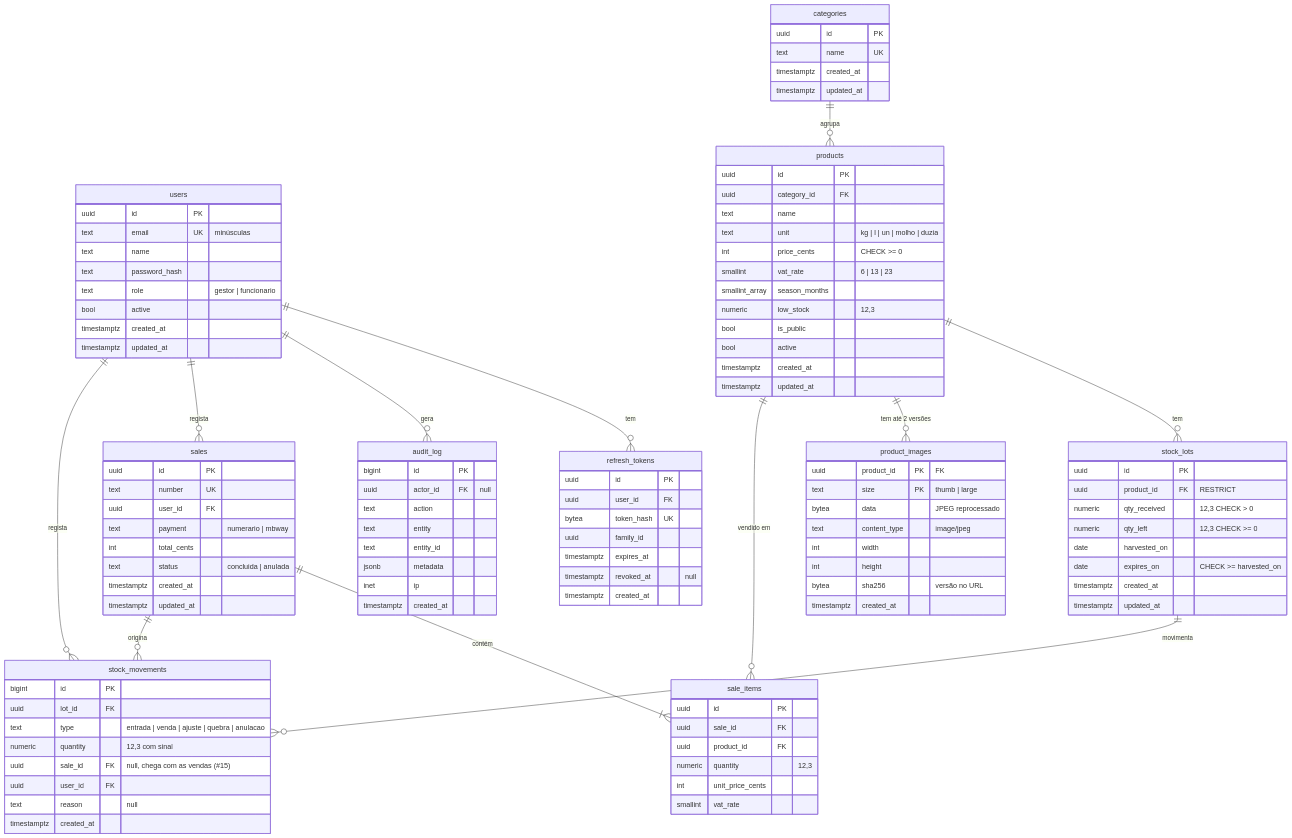
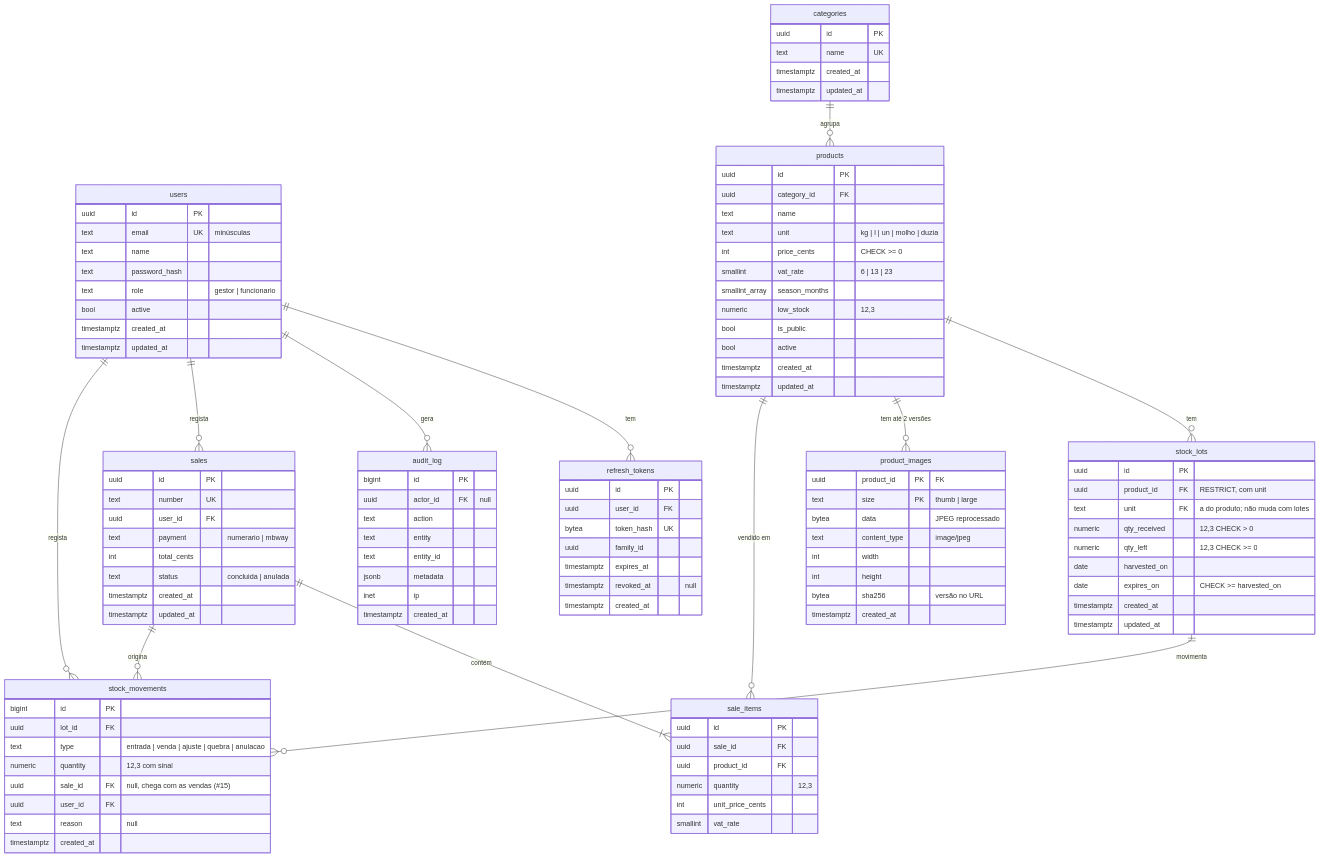
One commit to VascoDuart/loja-da-quinta changed the diagram in docs/architecture/data-model.md. Above: the diagram before and after it, drawn with Mermaid. The commit also changed other lines of this file and 31 other files, not shown here.

First line of the commit message:
fix(api): a unidade de um produto com lotes não muda

```diff
--- a/docs/architecture/data-model.md
+++ b/docs/architecture/data-model.md
@@ -75,7 +75,8 @@
     }
     stock_lots {
         uuid id PK
-        uuid product_id FK "RESTRICT"
+        uuid product_id FK "RESTRICT, com unit"
+        text unit FK "a do produto; não muda com lotes"
         numeric qty_received "12,3 CHECK > 0"
         numeric qty_left "12,3 CHECK >= 0"
         date harvested_on
```
